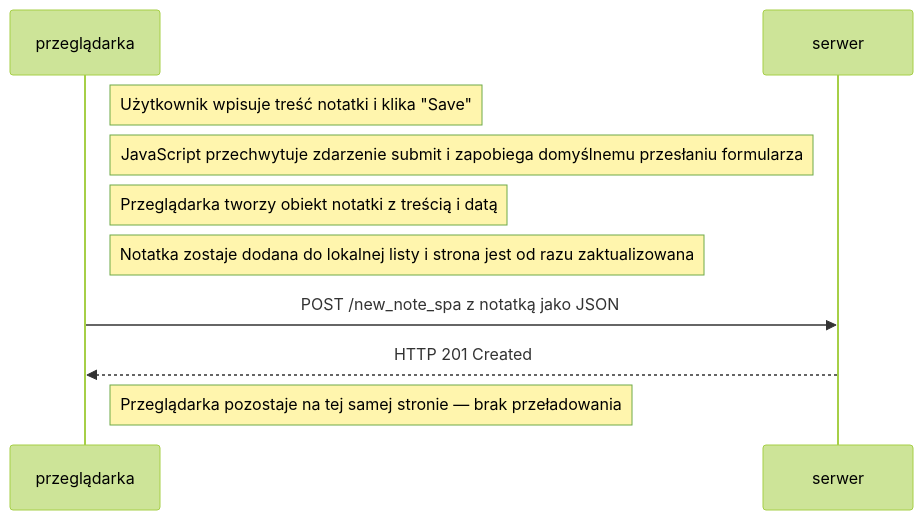
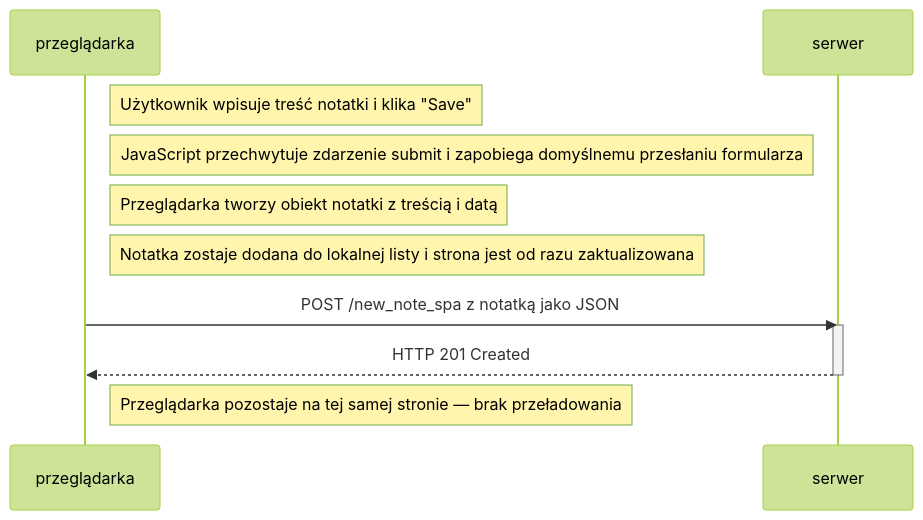
Before and after one commit to szczygi123/Fullstack---zadania: the diagram in part 0/0.6-Fullstack.mmd, drawn with Mermaid (forest theme). The commit also changed 3 other files, not shown here.

```diff
--- a/part 0/0.6-Fullstack.mmd
+++ b/part 0/0.6-Fullstack.mmd
@@ -1,17 +1,19 @@
 sequenceDiagram
     participant przeglądarka
     participant serwer
 
     Note right of przeglądarka: Użytkownik wpisuje treść notatki i klika "Save"
 
     Note right of przeglądarka: JavaScript przechwytuje zdarzenie submit i zapobiega domyślnemu przesłaniu formularza
 
     Note right of przeglądarka: Przeglądarka tworzy obiekt notatki z treścią i datą
 
     Note right of przeglądarka: Notatka zostaje dodana do lokalnej listy i strona jest od razu zaktualizowana 
 
     przeglądarka->>serwer: POST /new_note_spa z notatką jako JSON
+    activate serwer
     serwer-->>przeglądarka: HTTP 201 Created
+    deactivate serwer
 
 
     Note right of przeglądarka: Przeglądarka pozostaje na tej samej stronie — brak przeładowania
```
